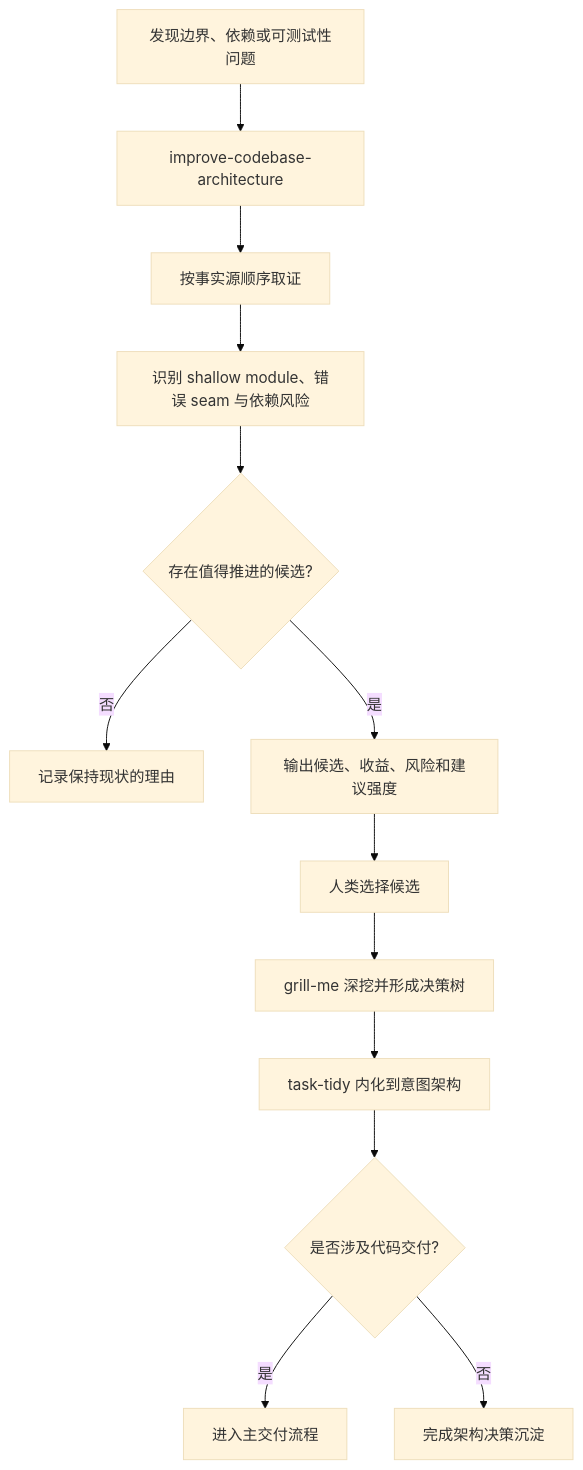
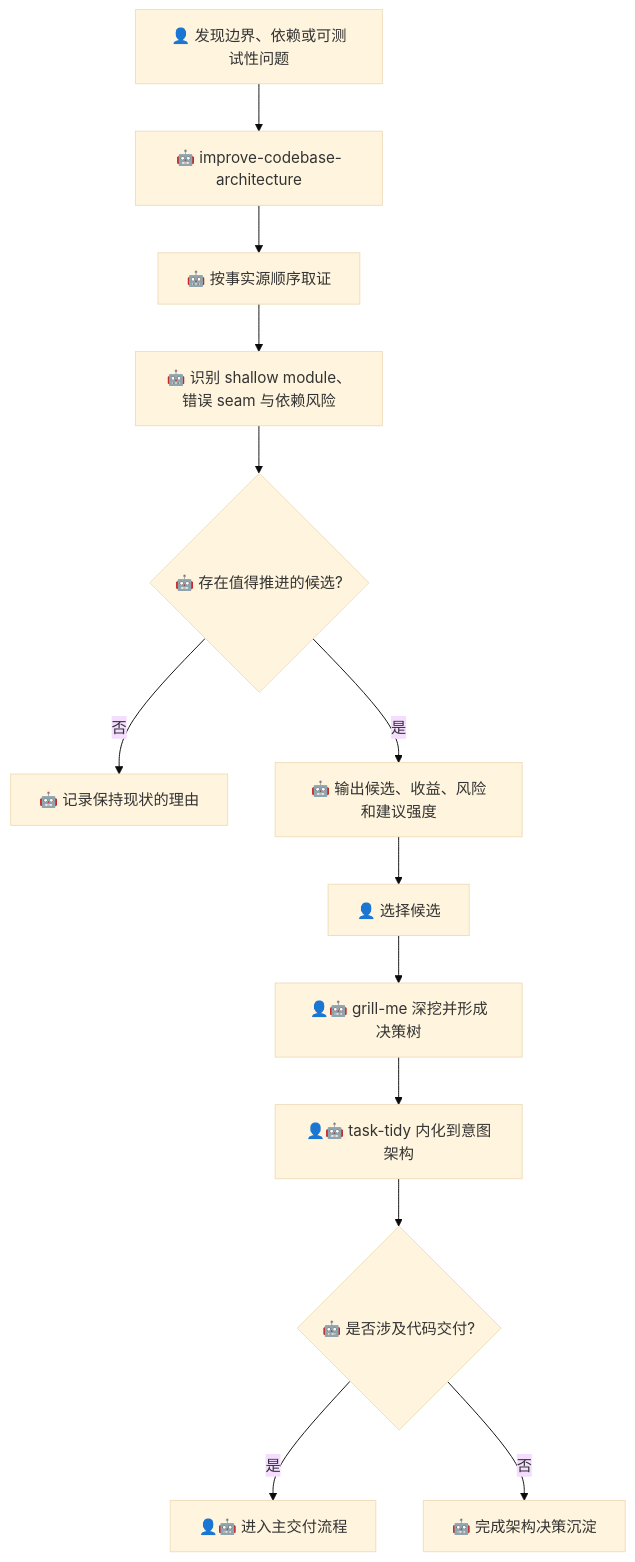
One commit to derekhu0002/Argo changed the third of 11 diagrams in design/argo-harness/usage-scenarios/README.md. Above: the diagram before and after it, drawn with Mermaid (base theme). The commit also changed other lines of this file, not shown here.

````diff
--- a/design/argo-harness/usage-scenarios/README.md
+++ b/design/argo-harness/usage-scenarios/README.md
@@ -71,15 +74,15 @@
 ```mermaid
 flowchart TD
-    A[发现边界、依赖或可测试性问题] --> B[improve-codebase-architecture]
-    B --> C[按事实源顺序取证]
-    C --> D[识别 shallow module、错误 seam 与依赖风险]
-    D --> E{存在值得推进的候选?}
-    E -- 否 --> F[记录保持现状的理由]
-    E -- 是 --> G[输出候选、收益、风险和建议强度]
-    G --> H[人类选择候选]
-    H --> I[grill-me 深挖并形成决策树]
-    I --> J[task-tidy 内化到意图架构]
-    J --> K{是否涉及代码交付?}
-    K -- 是 --> L[进入主交付流程]
-    K -- 否 --> M[完成架构决策沉淀]
+    A[👤 发现边界、依赖或可测试性问题] --> B[🤖 improve-codebase-architecture]
+    B --> C[🤖 按事实源顺序取证]
+    C --> D[🤖 识别 shallow module、错误 seam 与依赖风险]
+    D --> E{🤖 存在值得推进的候选?}
+    E -- 否 --> F[🤖 记录保持现状的理由]
+    E -- 是 --> G[🤖 输出候选、收益、风险和建议强度]
+    G --> H[👤 选择候选]
+    H --> I[👤🤖 grill-me 深挖并形成决策树]
+    I --> J[👤🤖 task-tidy 内化到意图架构]
+    J --> K{🤖 是否涉及代码交付?}
+    K -- 是 --> L[👤🤖 进入主交付流程]
+    K -- 否 --> M[🤖 完成架构决策沉淀]
 ```
````
